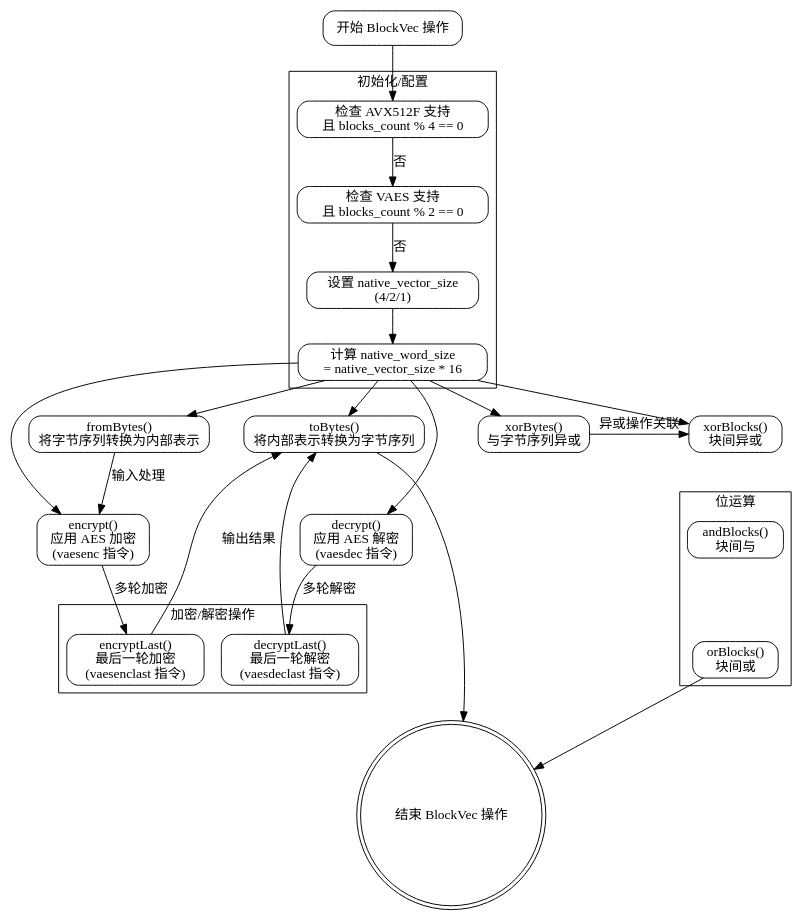
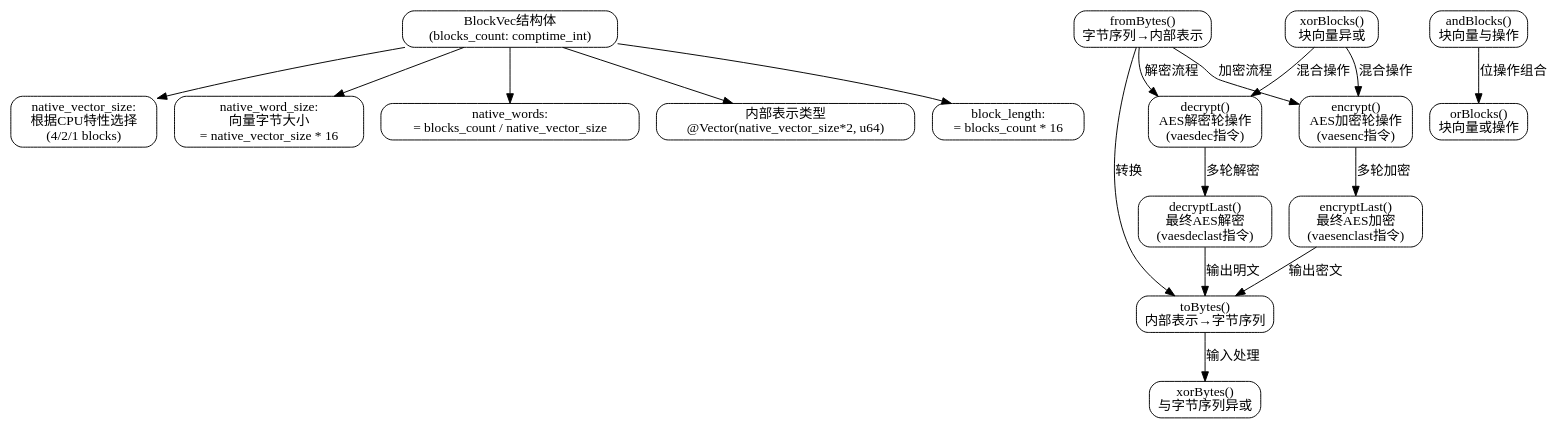
Before and after one commit to sdzx-1/deepseek-zig-reader: the diagram in dot_std/crypto/aes/aesni.zig.BlockVec.md, drawn with Graphviz. The commit also changed other lines of this file and 236 other files, not shown here.

````diff
--- a/dot_std/crypto/aes/aesni.zig.BlockVec.md
+++ b/dot_std/crypto/aes/aesni.zig.BlockVec.md
@@ -27,72 +28,41 @@
-```dot
-digraph BlockVecFlowchart {
+```graphviz
+digraph BlockVecFlow {
     rankdir=TB;
-    node [shape=rectangle, style="rounded"];
+    node [shape=box, style=rounded];
 
-    start [label="开始 BlockVec 操作"];
-    end [label="结束 BlockVec 操作"];
+    // 结构体定义
+    BlockVec [label="BlockVec结构体\n(blocks_count: comptime_int)"];
+    native_vector_size [label="native_vector_size:\n根据CPU特性选择\n(4/2/1 blocks)"];
+    native_word_size [label="native_word_size:\n向量字节大小\n= native_vector_size * 16"];
+    native_words [label="native_words:\n= blocks_count / native_vector_size"];
+    Repr [label="内部表示类型\n@Vector(native_vector_size*2, u64)"];
+    block_length [label="block_length:\n= blocks_count * 16"];
+
+    // 方法节点
+    fromBytes [label="fromBytes()\n字节序列→内部表示"];
+    toBytes [label="toBytes()\n内部表示→字节序列"];
+    xorBytes [label="xorBytes()\n与字节序列异或"];
+    encrypt [label="encrypt()\nAES加密轮操作\n(vaesenc指令)"];
+    encryptLast [label="encryptLast()\n最终AES加密\n(vaesenclast指令)"];
+    decrypt [label="decrypt()\nAES解密轮操作\n(vaesdec指令)"];
+    decryptLast [label="decryptLast()\n最终AES解密\n(vaesdeclast指令)"];
+    xorBlocks [label="xorBlocks()\n块向量异或"];
+    andBlocks [label="andBlocks()\n块向量与操作"];
+    orBlocks [label="orBlocks()\n块向量或操作"];
+
+    // 结构关系
+    BlockVec -> {native_vector_size, native_word_size, native_words, Repr, block_length};
     
-    subgraph cluster_init {
-        label="初始化/配置";
-        check_avx512f [label="检查 AVX512F 支持\n且 blocks_count % 4 == 0"];
-        check_vaes [label="检查 VAES 支持\n且 blocks_count % 2 == 0"];
-        set_native_vector_size [label="设置 native_vector_size\n(4/2/1)"];
-        set_native_word_size [label="计算 native_word_size\n= native_vector_size * 16"];
-        check_avx512f -> check_vaes [label="否"];
-        check_vaes -> set_native_vector_size [label="否"];
-        set_native_vector_size -> set_native_word_size;
-    }
-
-    subgraph cluster_bytes_conversion {
-        label="字节转换";
-        fromBytes [label="fromBytes()\n将字节序列转换为内部表示"];
-        toBytes [label="toBytes()\n将内部表示转换为字节序列"];
-        fromBytes -> toBytes [style=invis];
-    }
-
-    subgraph cluster_crypto_ops {
-        label="加密/解密操作";
-        encrypt [label="encrypt()\n应用 AES 加密\n(vaesenc 指令)"];
-        encryptLast [label="encryptLast()\n最后一轮加密\n(vaesenclast 指令)"];
-        decrypt [label="decrypt()\n应用 AES 解密\n(vaesdec 指令)"];
-        decryptLast [label="decryptLast()\n最后一轮解密\n(vaesdeclast 指令)"];
-        encrypt -> encryptLast [style=invis];
-        decrypt -> decryptLast [style=invis];
-    }
-
-    subgraph cluster_bitwise_ops {
-        label="位运算";
-        xorBytes [label="xorBytes()\n与字节序列异或"];
-        xorBlocks [label="xorBlocks()\n块间异或"];
-        andBlocks [label="andBlocks()\n块间与"];
-        orBlocks [label="orBlocks()\n块间或"];
-        xorBlocks -> andBlocks -> orBlocks [style=invis];
-    }
-
-    start -> check_avx512f;
-    set_native_word_size -> fromBytes;
-    set_native_word_size -> toBytes;
-    set_native_word_size -> encrypt;
-    set_native_word_size -> decrypt;
-    set_native_word_size -> xorBytes;
-    set_native_word_size -> xorBlocks;
-
-    fromBytes -> encrypt [label="输入处理"];
+    // 方法调用流程
+    fromBytes -> toBytes [label="转换"];
+    toBytes -> xorBytes [label="输入处理"];
+    fromBytes -> encrypt [label="加密流程"];
     encrypt -> encryptLast [label="多轮加密"];
-    encryptLast -> toBytes [label="输出结果"];
-    
+    encryptLast -> toBytes [label="输出密文"];
+    fromBytes -> decrypt [label="解密流程"];
     decrypt -> decryptLast [label="多轮解密"];
-    decryptLast -> toBytes;
-
-    xorBytes -> xorBlocks [label="异或操作关联"];
-    xorBlocks -> andBlocks -> orBlocks [style=invis];
-
-    {rank=same; fromBytes; toBytes}
-    {rank=same; encrypt; decrypt}
-    {rank=same; xorBytes; xorBlocks}
-    
-    end [shape=doublecircle];
-    toBytes -> end;
-    orBlocks -> end;
+    decryptLast -> toBytes [label="输出明文"];
+    xorBlocks -> {encrypt, decrypt} [label="混合操作"];
+    andBlocks -> orBlocks [label="位操作组合"];
 }
 ```
````
